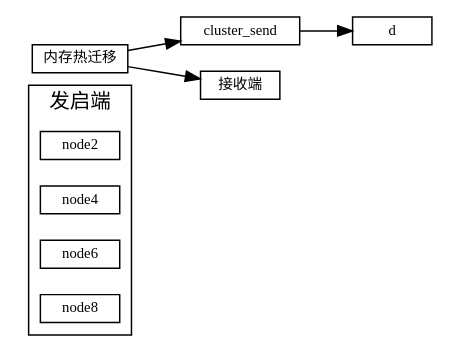
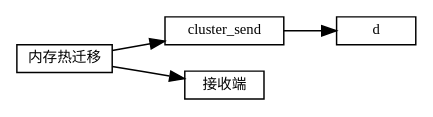
Before and after one commit to sisyphus1212/note: the diagram in 虚拟化/热迁移/1-内存热迁移.md, drawn with Graphviz.

Commit message:
auto_update

````diff
--- a/虚拟化/热迁移/1-内存热迁移.md
+++ b/虚拟化/热迁移/1-内存热迁移.md
@@ -11,21 +11,21 @@
 ```graphviz
 digraph 热迁移 {
 fontname="Helvetica,Arial,sans-serif"
 //node [fontname="Helvetica,Arial,sans-serif"]
 edge [fontname="Helvetica,Arial,sans-serif"]
 rankdir="LR"
 node [fontsize=10, shape=box, height=0.25]
 edge [fontsize=10]
 
   subgraph cluster_send {
     label="发启端";
-    node2; node4; node6; node8;
+
   }
 
 内存热迁移 [label="内存热迁移"]
 内存热迁移 -> cluster_send
            -> d
 
 内存热迁移 -> 接收端
 }
 ```
````
